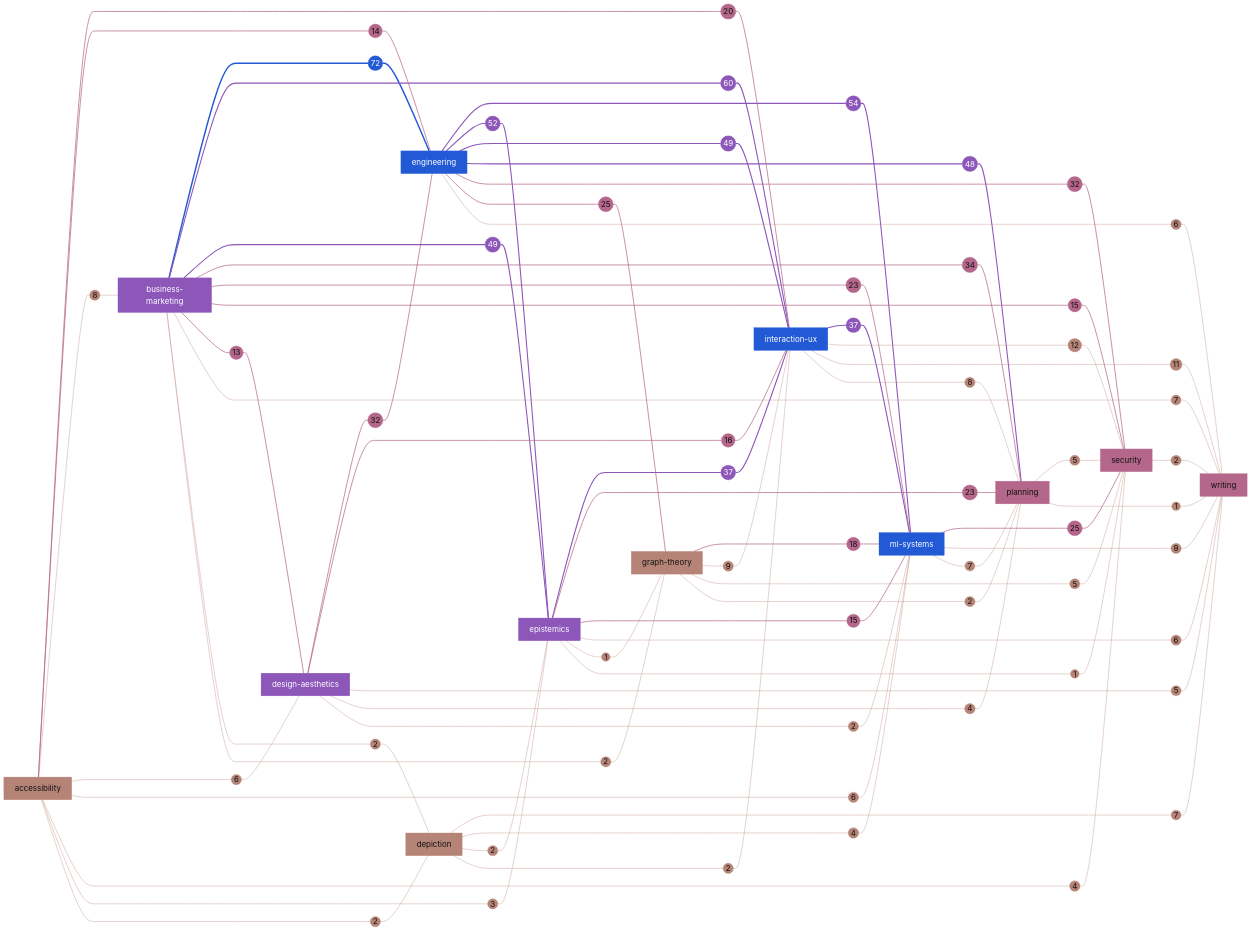
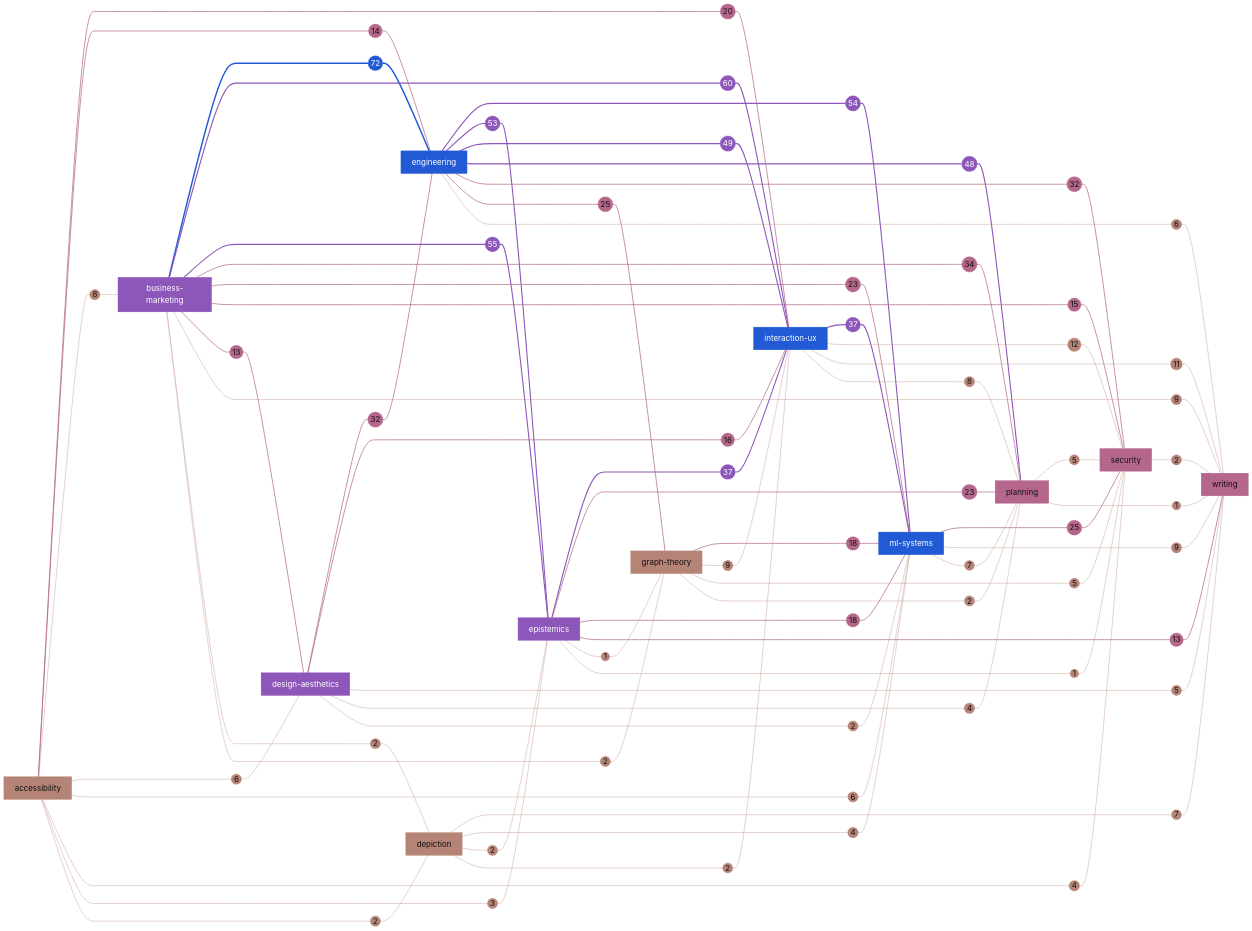
The first of 2 diagrams in GRAPH.md (darce/heuristics-canon), drawn with Mermaid before and after one commit. The commit also changed other lines of this file and 11 other files, not shown here.

````diff
--- a/GRAPH.md
+++ b/GRAPH.md
@@ -40,12 +40,12 @@
   W_business_marketing__engineering --- engineering
   business_marketing --- W_business_marketing__interaction_ux((60))
   W_business_marketing__interaction_ux --- interaction_ux
+  business_marketing --- W_business_marketing__epistemics((55))
+  W_business_marketing__epistemics --- epistemics
   engineering --- W_engineering__ml_systems((54))
   W_engineering__ml_systems --- ml_systems
-  engineering --- W_engineering__epistemics((52))
+  engineering --- W_engineering__epistemics((53))
   W_engineering__epistemics --- epistemics
-  business_marketing --- W_business_marketing__epistemics((49))
-  W_business_marketing__epistemics --- epistemics
   engineering --- W_engineering__interaction_ux((49))
   W_engineering__interaction_ux --- interaction_ux
   engineering --- W_engineering__planning((48))
@@ -70,22 +70,26 @@
   W_epistemics__planning --- planning
   accessibility --- W_accessibility__interaction_ux((20))
   W_accessibility__interaction_ux --- interaction_ux
+  epistemics --- W_epistemics__ml_systems((18))
+  W_epistemics__ml_systems --- ml_systems
   graph_theory --- W_graph_theory__ml_systems((18))
   W_graph_theory__ml_systems --- ml_systems
   design_aesthetics --- W_design_aesthetics__interaction_ux((16))
   W_design_aesthetics__interaction_ux --- interaction_ux
   business_marketing --- W_business_marketing__security((15))
   W_business_marketing__security --- security
-  epistemics --- W_epistemics__ml_systems((15))
-  W_epistemics__ml_systems --- ml_systems
   accessibility --- W_accessibility__engineering((14))
   W_accessibility__engineering --- engineering
   business_marketing --- W_business_marketing__design_aesthetics((13))
   W_business_marketing__design_aesthetics --- design_aesthetics
+  epistemics --- W_epistemics__writing((13))
+  W_epistemics__writing --- writing
   interaction_ux --- W_interaction_ux__security((12))
   W_interaction_ux__security --- security
   interaction_ux --- W_interaction_ux__writing((11))
   W_interaction_ux__writing --- writing
+  business_marketing --- W_business_marketing__writing((9))
+  W_business_marketing__writing --- writing
   graph_theory --- W_graph_theory__interaction_ux((9))
   W_graph_theory__interaction_ux --- interaction_ux
   ml_systems --- W_ml_systems__writing((9))
@@ -94,8 +98,6 @@
   W_accessibility__business_marketing --- business_marketing
   interaction_ux --- W_interaction_ux__planning((8))
   W_interaction_ux__planning --- planning
-  business_marketing --- W_business_marketing__writing((7))
-  W_business_marketing__writing --- writing
   depiction --- W_depiction__writing((7))
   W_depiction__writing --- writing
   ml_systems --- W_ml_systems__planning((7))
@@ -106,8 +108,6 @@
   W_accessibility__ml_systems --- ml_systems
   engineering --- W_engineering__writing((6))
   W_engineering__writing --- writing
-  epistemics --- W_epistemics__writing((6))
-  W_epistemics__writing --- writing
   design_aesthetics --- W_design_aesthetics__writing((5))
   W_design_aesthetics__writing --- writing
   graph_theory --- W_graph_theory__security((5))
@@ -148,12 +148,12 @@
   classDef seq_1 fill:#B4668B,color:#111111,stroke:#B4668B
   classDef seq_2 fill:#8D57BA,color:#FFFFFF,stroke:#8D57BA
   classDef seq_3 fill:#225AD6,color:#FFFFFF,stroke:#225AD6
-  class accessibility,depiction,graph_theory,W_interaction_ux__security,W_interaction_ux__writing,W_graph_theory__interaction_ux,W_ml_systems__writing,W_accessibility__business_marketing,W_interaction_ux__planning,W_business_marketing__writing,W_depiction__writing,W_ml_systems__planning,W_accessibility__design_aesthetics,W_accessibility__ml_systems,W_engineering__writing,W_epistemics__writing,W_design_aesthetics__writing,W_graph_theory__security,W_planning__security,W_accessibility__security,W_depiction__ml_systems,W_design_aesthetics__planning,W_accessibility__epistemics,W_accessibility__depiction,W_business_marketing__depiction,W_business_marketing__graph_theory,W_depiction__epistemics,W_depiction__interaction_ux,W_design_aesthetics__ml_systems,W_graph_theory__planning,W_security__writing,W_epistemics__graph_theory,W_epistemics__security,W_planning__writing seq_0
-  class planning,security,writing,W_business_marketing__planning,W_design_aesthetics__engineering,W_engineering__security,W_engineering__graph_theory,W_ml_systems__security,W_business_marketing__ml_systems,W_epistemics__planning,W_accessibility__interaction_ux,W_graph_theory__ml_systems,W_design_aesthetics__interaction_ux,W_business_marketing__security,W_epistemics__ml_systems,W_accessibility__engineering,W_business_marketing__design_aesthetics seq_1
-  class business_marketing,design_aesthetics,epistemics,W_business_marketing__interaction_ux,W_engineering__ml_systems,W_engineering__epistemics,W_business_marketing__epistemics,W_engineering__interaction_ux,W_engineering__planning,W_epistemics__interaction_ux,W_interaction_ux__ml_systems seq_2
+  class accessibility,depiction,graph_theory,W_interaction_ux__security,W_interaction_ux__writing,W_business_marketing__writing,W_graph_theory__interaction_ux,W_ml_systems__writing,W_accessibility__business_marketing,W_interaction_ux__planning,W_depiction__writing,W_ml_systems__planning,W_accessibility__design_aesthetics,W_accessibility__ml_systems,W_engineering__writing,W_design_aesthetics__writing,W_graph_theory__security,W_planning__security,W_accessibility__security,W_depiction__ml_systems,W_design_aesthetics__planning,W_accessibility__epistemics,W_accessibility__depiction,W_business_marketing__depiction,W_business_marketing__graph_theory,W_depiction__epistemics,W_depiction__interaction_ux,W_design_aesthetics__ml_systems,W_graph_theory__planning,W_security__writing,W_epistemics__graph_theory,W_epistemics__security,W_planning__writing seq_0
+  class planning,security,writing,W_business_marketing__planning,W_design_aesthetics__engineering,W_engineering__security,W_engineering__graph_theory,W_ml_systems__security,W_business_marketing__ml_systems,W_epistemics__planning,W_accessibility__interaction_ux,W_epistemics__ml_systems,W_graph_theory__ml_systems,W_design_aesthetics__interaction_ux,W_business_marketing__security,W_accessibility__engineering,W_business_marketing__design_aesthetics,W_epistemics__writing seq_1
+  class business_marketing,design_aesthetics,epistemics,W_business_marketing__interaction_ux,W_business_marketing__epistemics,W_engineering__ml_systems,W_engineering__epistemics,W_engineering__interaction_ux,W_engineering__planning,W_epistemics__interaction_ux,W_interaction_ux__ml_systems seq_2
   class engineering,interaction_ux,ml_systems,W_business_marketing__engineering seq_3
   linkStyle 0,1 stroke:#225AD6,stroke-width:4px
   linkStyle 2,3,4,5,6,7,8,9,10,11,12,13,14,15,16,17 stroke:#8D57BA,stroke-width:3px
-  linkStyle 18,19,20,21,22,23,24,25,26,27,28,29,30,31,32,33,34,35,36,37,38,39,40,41,42,43,44,45 stroke:#B4668B,stroke-width:2px
-  linkStyle 46,47,48,49,50,51,52,53,54,55,56,57,58,59,60,61,62,63,64,65,66,67,68,69,70,71,72,73,74,75,76,77,78,79,80,81,82,83,84,85,86,87,88,89,90,91,92,93,94,95,96,97,98,99,100,101,102,103,104,105,106,107 stroke:#B68477,stroke-width:1px
+  linkStyle 18,19,20,21,22,23,24,25,26,27,28,29,30,31,32,33,34,35,36,37,38,39,40,41,42,43,44,45,46,47 stroke:#B4668B,stroke-width:2px
+  linkStyle 48,49,50,51,52,53,54,55,56,57,58,59,60,61,62,63,64,65,66,67,68,69,70,71,72,73,74,75,76,77,78,79,80,81,82,83,84,85,86,87,88,89,90,91,92,93,94,95,96,97,98,99,100,101,102,103,104,105,106,107 stroke:#B68477,stroke-width:1px
 ```
````
